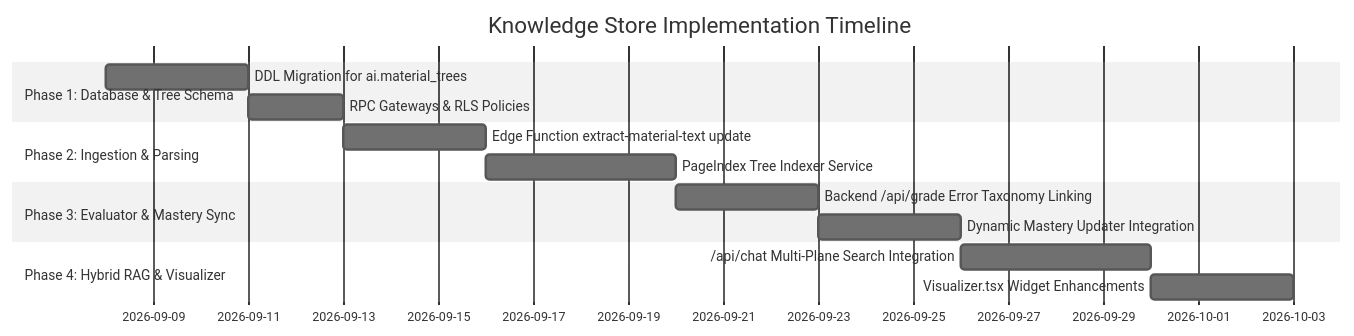
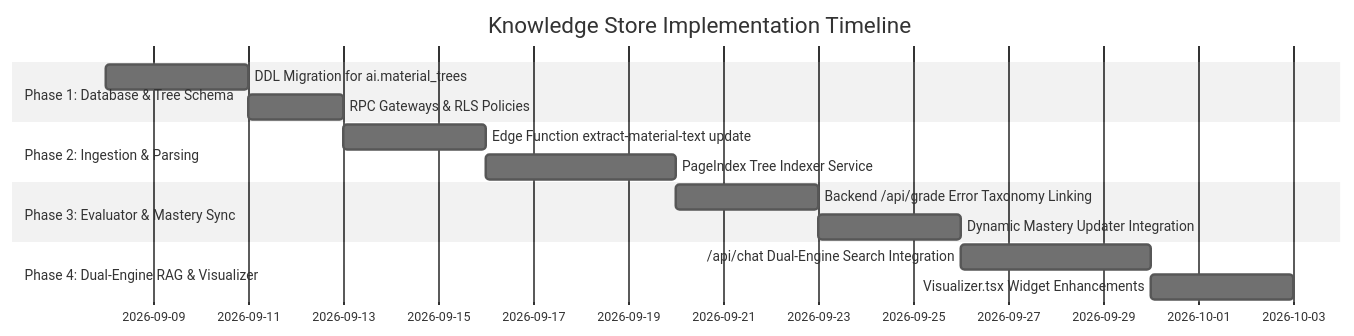
One commit to VictorBravo9er/Teacher-Assistant-Workspace changed the diagram in knowledge_store/implementation_roadmap.md. Above: the diagram before and after it, drawn with Mermaid (neutral theme). The commit also changed other lines of this file and 6 other files, not shown here.

Commit message:
docs(knowledge-store): refine lean dual-engine retrieval and update directory documentation

````diff
--- a/knowledge_store/implementation_roadmap.md
+++ b/knowledge_store/implementation_roadmap.md
@@ -9,18 +9,18 @@
 ```mermaid
 %%{init: {'flowchart': {'curve': 'linear'}}}%%
 gantt
     title Knowledge Store Implementation Timeline
     dateFormat  YYYY-MM-DD
     section Phase 1: Database & Tree Schema
     DDL Migration for ai.material_trees       :2026-09-08, 3d
     RPC Gateways & RLS Policies               :2026-09-11, 2d
     section Phase 2: Ingestion & Parsing
     Edge Function extract-material-text update:2026-09-13, 3d
     PageIndex Tree Indexer Service             :2026-09-16, 4d
     section Phase 3: Evaluator & Mastery Sync
     Backend /api/grade Error Taxonomy Linking :2026-09-20, 3d
     Dynamic Mastery Updater Integration       :2026-09-23, 3d
-    section Phase 4: Hybrid RAG & Visualizer
-    /api/chat Multi-Plane Search Integration  :2026-09-26, 4d
+    section Phase 4: Dual-Engine RAG & Visualizer
+    /api/chat Dual-Engine Search Integration  :2026-09-26, 4d
     Visualizer.tsx Widget Enhancements        :2026-09-30, 3d
 ```
````
